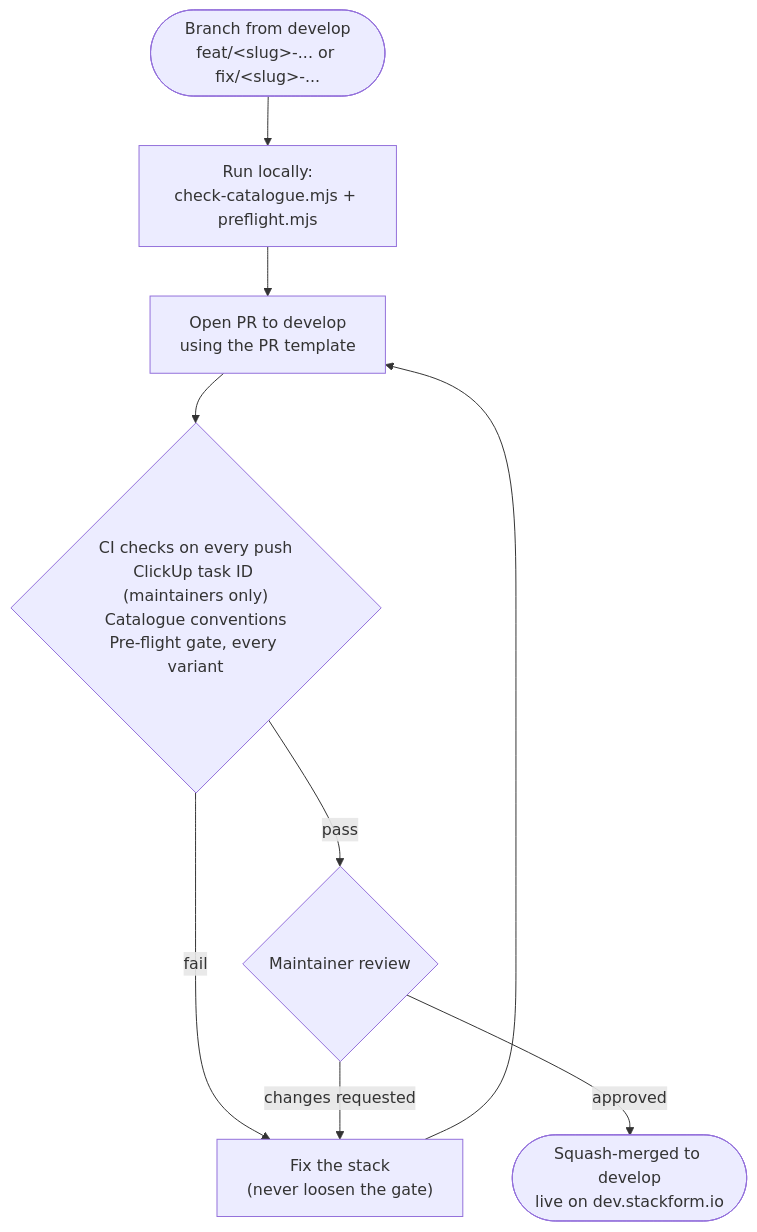
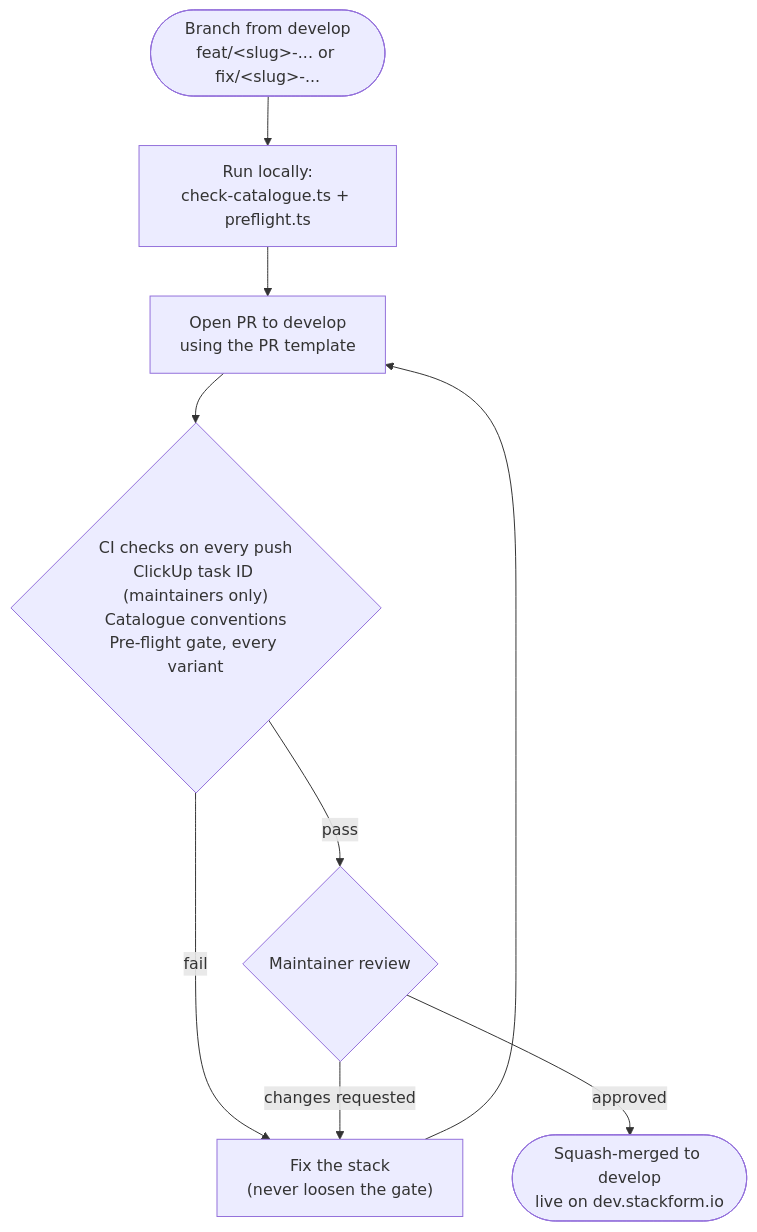
One commit to stackform-io/stackform-stacks changed the first of 2 diagrams in CONTRIBUTING.md. Above: the diagram before and after it, drawn with Mermaid. The commit also changed other lines of this file and 38 other files, not shown here.

````diff
--- a/CONTRIBUTING.md
+++ b/CONTRIBUTING.md
@@ -8,17 +8,17 @@
 ```mermaid
 flowchart TD
     start(["Branch from develop<br/>feat/#lt;slug#gt;-... or fix/#lt;slug#gt;-..."])
-    local["Run locally:<br/>check-catalogue.mjs + preflight.mjs"]
+    local["Run locally:<br/>check-catalogue.ts + preflight.ts"]
     pr["Open PR to develop<br/>using the PR template"]
     checks{"CI checks on every push<br/>ClickUp task ID (maintainers only)<br/>Catalogue conventions<br/>Pre-flight gate, every variant"}
     fix["Fix the stack<br/>(never loosen the gate)"]
     review{"Maintainer review"}
     develop(["Squash-merged to develop<br/>live on dev.stackform.io"])
 
     start --> local --> pr --> checks
     checks -- fail --> fix
     review -- changes requested --> fix
     fix --> pr
     checks -- pass --> review
     review -- approved --> develop
 ```
````
